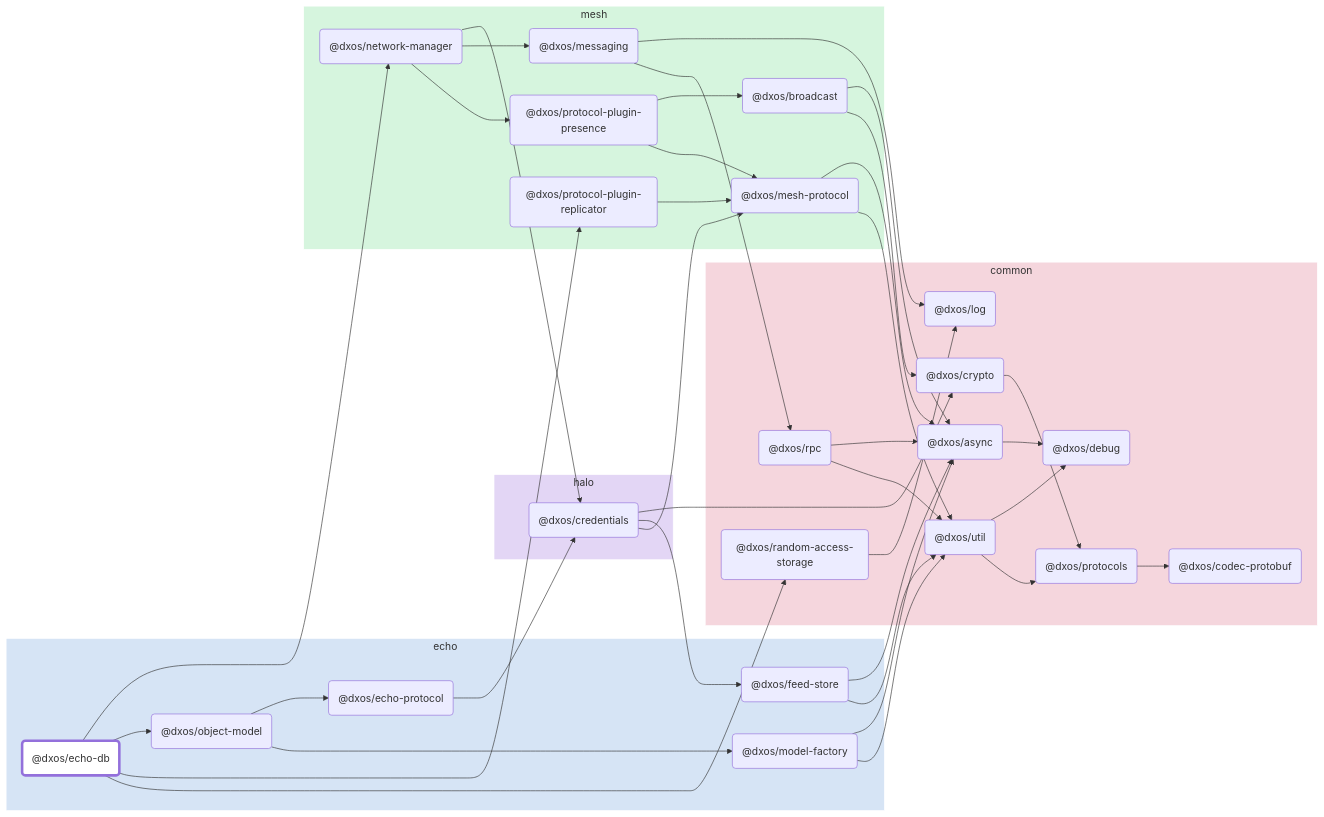
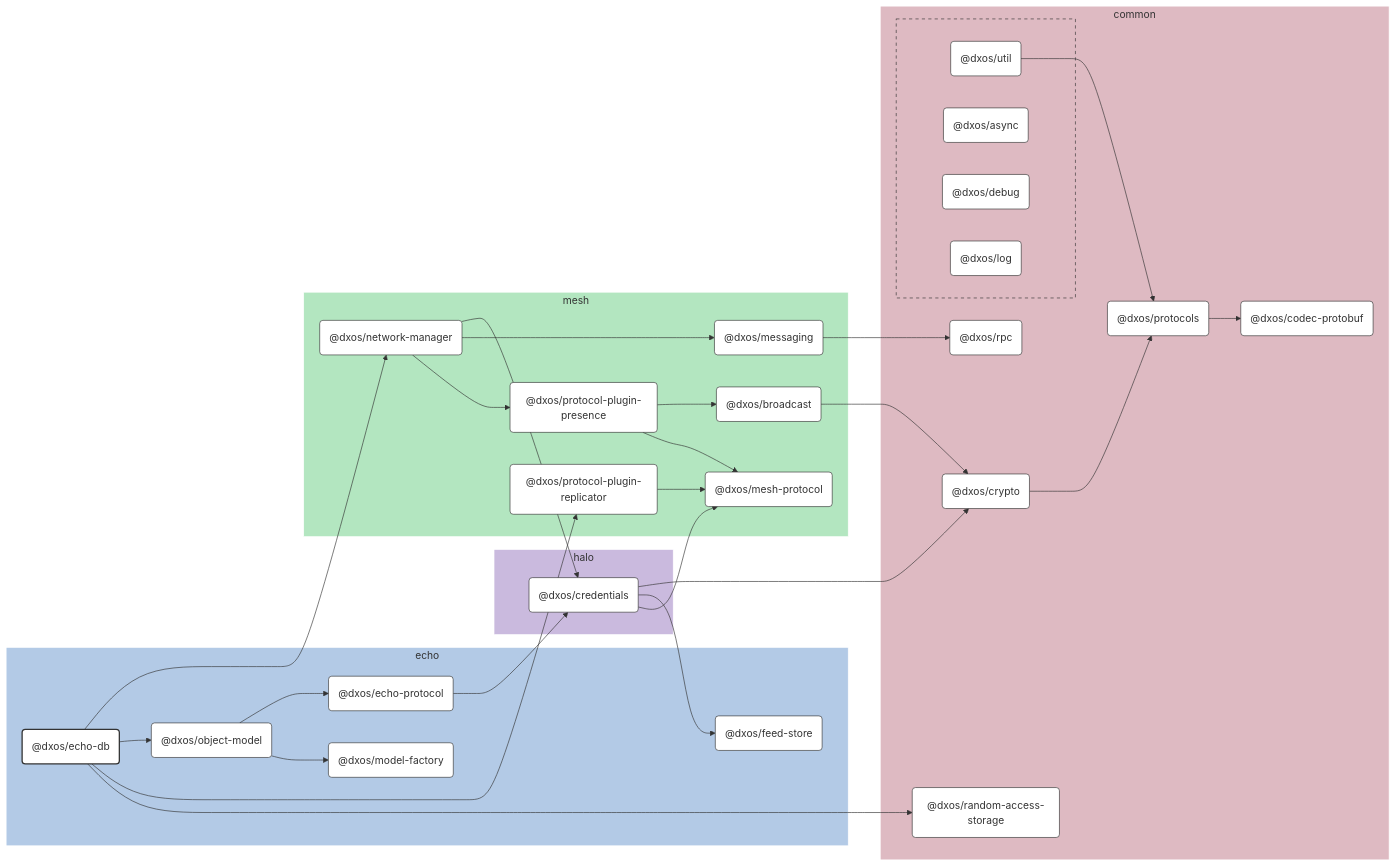
The diagram in packages/echo/echo-db/docs/README.md (dxos/dxos), drawn with Mermaid before and after one commit. The commit also changed 100 other files, not shown here.

````diff
--- a/packages/echo/echo-db/docs/README.md
+++ b/packages/echo/echo-db/docs/README.md
@@ -7,98 +7,126 @@
 ```mermaid
-flowchart LR;
+%%{ init: {'flowchart':{'curve':'basis'}} }%%
 
-style dxos/echo-db fill:#fff,stroke-width:4px;
+flowchart LR
 
-click dxos/log "https:/github.com/dxos/dxos/tree/main/packages/common/log/docs";
-click dxos/async "https:/github.com/dxos/dxos/tree/main/packages/common/async/docs";
-click dxos/debug "https:/github.com/dxos/dxos/tree/main/packages/common/debug/docs";
-click dxos/codec-protobuf "https:/github.com/dxos/dxos/tree/main/packages/common/codec-protobuf/docs";
-click dxos/credentials "https:/github.com/dxos/dxos/tree/main/packages/halo/credentials/docs";
-click dxos/crypto "https:/github.com/dxos/dxos/tree/main/packages/common/crypto/docs";
-click dxos/feed-store "https:/github.com/dxos/dxos/tree/main/packages/echo/feed-store/docs";
-click dxos/mesh-protocol "https:/github.com/dxos/dxos/tree/main/packages/mesh/mesh-protocol/docs";
-click dxos/protocols "https:/github.com/dxos/dxos/tree/main/packages/common/protocols/docs";
-click dxos/util "https:/github.com/dxos/dxos/tree/main/packages/common/util/docs";
-click dxos/echo-protocol "https:/github.com/dxos/dxos/tree/main/packages/echo/echo-protocol/docs";
-click dxos/messaging "https:/github.com/dxos/dxos/tree/main/packages/mesh/messaging/docs";
-click dxos/rpc "https:/github.com/dxos/dxos/tree/main/packages/common/rpc/docs";
-click dxos/model-factory "https:/github.com/dxos/dxos/tree/main/packages/echo/model-factory/docs";
-click dxos/network-manager "https:/github.com/dxos/dxos/tree/main/packages/mesh/network-manager/docs";
-click dxos/protocol-plugin-presence "https:/github.com/dxos/dxos/tree/main/packages/mesh/protocol-plugin-presence/docs";
-click dxos/object-model "https:/github.com/dxos/dxos/tree/main/packages/echo/object-model/docs";
-click dxos/broadcast "https:/github.com/dxos/dxos/tree/main/packages/mesh/broadcast/docs";
-click dxos/protocol-plugin-replicator "https:/github.com/dxos/dxos/tree/main/packages/mesh/protocol-plugin-replicator/docs";
-click dxos/random-access-storage "https:/github.com/dxos/dxos/tree/main/packages/common/random-access-storage/docs";
+%% Links
+dxos/broadcast --> dxos/crypto;
+dxos/credentials --> dxos/crypto;
+dxos/credentials --> dxos/feed-store;
+dxos/credentials --> dxos/mesh-protocol;
+dxos/crypto --> dxos/protocols;
+dxos/echo-db --> dxos/network-manager;
+dxos/echo-db --> dxos/object-model;
+dxos/echo-db --> dxos/protocol-plugin-replicator;
+dxos/echo-db --> dxos/random-access-storage;
+dxos/echo-protocol --> dxos/credentials;
+dxos/messaging --> dxos/rpc;
+dxos/network-manager --> dxos/credentials;
+dxos/network-manager --> dxos/messaging;
+dxos/network-manager --> dxos/protocol-plugin-presence;
+dxos/object-model --> dxos/echo-protocol;
+dxos/object-model --> dxos/model-factory;
+dxos/protocol-plugin-presence --> dxos/broadcast;
+dxos/protocol-plugin-presence --> dxos/mesh-protocol;
+dxos/protocol-plugin-replicator --> dxos/mesh-protocol;
+dxos/protocols --> dxos/codec-protobuf;
+dxos/util --> dxos/protocols;
 
+%% Sections
 subgraph echo
-  style echo fill:#d6e4f5,stroke:#fff;
-  dxos/echo-db("@dxos/echo-db");
-  dxos/feed-store("@dxos/feed-store");
-  dxos/echo-protocol("@dxos/echo-protocol");
-  dxos/model-factory("@dxos/model-factory");
-  dxos/object-model("@dxos/object-model");
+  style echo fill:#b3cae6,stroke:#fff;
+
+  dxos/echo-db("@dxos/echo-db")
+  dxos/echo-protocol("@dxos/echo-protocol")
+  dxos/feed-store("@dxos/feed-store")
+  dxos/model-factory("@dxos/model-factory")
+  dxos/object-model("@dxos/object-model")
 end
 
 subgraph common
-  style common fill:#f5d6dd,stroke:#fff;
-  dxos/log("@dxos/log");
-  dxos/async("@dxos/async");
-  dxos/debug("@dxos/debug");
-  dxos/codec-protobuf("@dxos/codec-protobuf");
-  dxos/crypto("@dxos/crypto");
-  dxos/protocols("@dxos/protocols");
-  dxos/util("@dxos/util");
-  dxos/rpc("@dxos/rpc");
-  dxos/random-access-storage("@dxos/random-access-storage");
+  style common fill:#debac2,stroke:#fff;
+
+  dxos/codec-protobuf("@dxos/codec-protobuf")
+  dxos/crypto("@dxos/crypto")
+  dxos/protocols("@dxos/protocols")
+  dxos/random-access-storage("@dxos/random-access-storage")
+  dxos/rpc("@dxos/rpc")
+
+  subgraph common-excluded [ ]
+    style common-excluded fill:#debac2,stroke:#333,stroke-dasharray:5 5;
+
+    dxos/async("@dxos/async")
+    dxos/debug("@dxos/debug")
+    dxos/log("@dxos/log")
+    dxos/util("@dxos/util")
+  end
 end
 
 subgraph halo
-  style halo fill:#e3d6f5,stroke:#fff;
-  dxos/credentials("@dxos/credentials");
+  style halo fill:#cabade,stroke:#fff;
+
+  dxos/credentials("@dxos/credentials")
 end
 
 subgraph mesh
-  style mesh fill:#d6f5de,stroke:#fff;
-  dxos/mesh-protocol("@dxos/mesh-protocol");
-  dxos/messaging("@dxos/messaging");
-  dxos/network-manager("@dxos/network-manager");
-  dxos/protocol-plugin-presence("@dxos/protocol-plugin-presence");
-  dxos/broadcast("@dxos/broadcast");
-  dxos/protocol-plugin-replicator("@dxos/protocol-plugin-replicator");
+  style mesh fill:#b3e6c0,stroke:#fff;
+
+  dxos/broadcast("@dxos/broadcast")
+  dxos/mesh-protocol("@dxos/mesh-protocol")
+  dxos/messaging("@dxos/messaging")
+  dxos/network-manager("@dxos/network-manager")
+  dxos/protocol-plugin-presence("@dxos/protocol-plugin-presence")
+  dxos/protocol-plugin-replicator("@dxos/protocol-plugin-replicator")
 end
 
-dxos/async --> dxos/debug;
-dxos/credentials --> dxos/crypto;
-dxos/crypto --> dxos/protocols;
-dxos/protocols --> dxos/codec-protobuf;
-dxos/credentials --> dxos/feed-store;
-dxos/feed-store --> dxos/async;
-dxos/feed-store --> dxos/util;
-dxos/util --> dxos/debug;
-dxos/util --> dxos/protocols;
-dxos/credentials --> dxos/mesh-protocol;
-dxos/mesh-protocol --> dxos/async;
-dxos/mesh-protocol --> dxos/util;
-dxos/echo-protocol --> dxos/credentials;
-dxos/messaging --> dxos/log;
-dxos/messaging --> dxos/rpc;
-dxos/rpc --> dxos/async;
-dxos/rpc --> dxos/util;
-dxos/model-factory --> dxos/async;
-dxos/model-factory --> dxos/util;
-dxos/echo-db --> dxos/network-manager;
-dxos/network-manager --> dxos/credentials;
-dxos/network-manager --> dxos/messaging;
-dxos/network-manager --> dxos/protocol-plugin-presence;
-dxos/protocol-plugin-presence --> dxos/broadcast;
-dxos/broadcast --> dxos/async;
-dxos/broadcast --> dxos/crypto;
-dxos/protocol-plugin-presence --> dxos/mesh-protocol;
-dxos/echo-db --> dxos/object-model;
-dxos/object-model --> dxos/echo-protocol;
-dxos/object-model --> dxos/model-factory;
-dxos/echo-db --> dxos/protocol-plugin-replicator;
-dxos/protocol-plugin-replicator --> dxos/mesh-protocol;
-dxos/echo-db --> dxos/random-access-storage;
-dxos/random-access-storage --> dxos/log;
+
+%% Hyperlinks
+click dxos/async href "https:/github.com/dxos/dxos/tree/main/packages/common/async/docs";
+click dxos/broadcast href "https:/github.com/dxos/dxos/tree/main/packages/mesh/broadcast/docs";
+click dxos/codec-protobuf href "https:/github.com/dxos/dxos/tree/main/packages/common/codec-protobuf/docs";
+click dxos/credentials href "https:/github.com/dxos/dxos/tree/main/packages/halo/credentials/docs";
+click dxos/crypto href "https:/github.com/dxos/dxos/tree/main/packages/common/crypto/docs";
+click dxos/debug href "https:/github.com/dxos/dxos/tree/main/packages/common/debug/docs";
+click dxos/echo-protocol href "https:/github.com/dxos/dxos/tree/main/packages/echo/echo-protocol/docs";
+click dxos/feed-store href "https:/github.com/dxos/dxos/tree/main/packages/echo/feed-store/docs";
+click dxos/log href "https:/github.com/dxos/dxos/tree/main/packages/common/log/docs";
+click dxos/mesh-protocol href "https:/github.com/dxos/dxos/tree/main/packages/mesh/mesh-protocol/docs";
+click dxos/messaging href "https:/github.com/dxos/dxos/tree/main/packages/mesh/messaging/docs";
+click dxos/model-factory href "https:/github.com/dxos/dxos/tree/main/packages/echo/model-factory/docs";
+click dxos/network-manager href "https:/github.com/dxos/dxos/tree/main/packages/mesh/network-manager/docs";
+click dxos/object-model href "https:/github.com/dxos/dxos/tree/main/packages/echo/object-model/docs";
+click dxos/protocol-plugin-presence href "https:/github.com/dxos/dxos/tree/main/packages/mesh/protocol-plugin-presence/docs";
+click dxos/protocol-plugin-replicator href "https:/github.com/dxos/dxos/tree/main/packages/mesh/protocol-plugin-replicator/docs";
+click dxos/protocols href "https:/github.com/dxos/dxos/tree/main/packages/common/protocols/docs";
+click dxos/random-access-storage href "https:/github.com/dxos/dxos/tree/main/packages/common/random-access-storage/docs";
+click dxos/rpc href "https:/github.com/dxos/dxos/tree/main/packages/common/rpc/docs";
+click dxos/util href "https:/github.com/dxos/dxos/tree/main/packages/common/util/docs";
+
+%% Styles
+classDef rootNode fill:#fff,stroke:#333,stroke-width:2px
+classDef defaultNode fill:#fff,stroke:#333,stroke-width:1px
+linkStyle default stroke:#333,stroke-width:1px
+
+dxos/echo-db:::rootNode
+
+dxos/async:::defaultNode
+dxos/broadcast:::defaultNode
+dxos/codec-protobuf:::defaultNode
+dxos/credentials:::defaultNode
+dxos/crypto:::defaultNode
+dxos/debug:::defaultNode
+dxos/echo-protocol:::defaultNode
+dxos/feed-store:::defaultNode
+dxos/log:::defaultNode
+dxos/mesh-protocol:::defaultNode
+dxos/messaging:::defaultNode
+dxos/model-factory:::defaultNode
+dxos/network-manager:::defaultNode
+dxos/object-model:::defaultNode
+dxos/protocol-plugin-presence:::defaultNode
+dxos/protocol-plugin-replicator:::defaultNode
+dxos/protocols:::defaultNode
+dxos/random-access-storage:::defaultNode
+dxos/rpc:::defaultNode
+dxos/util:::defaultNode
 ```
````
